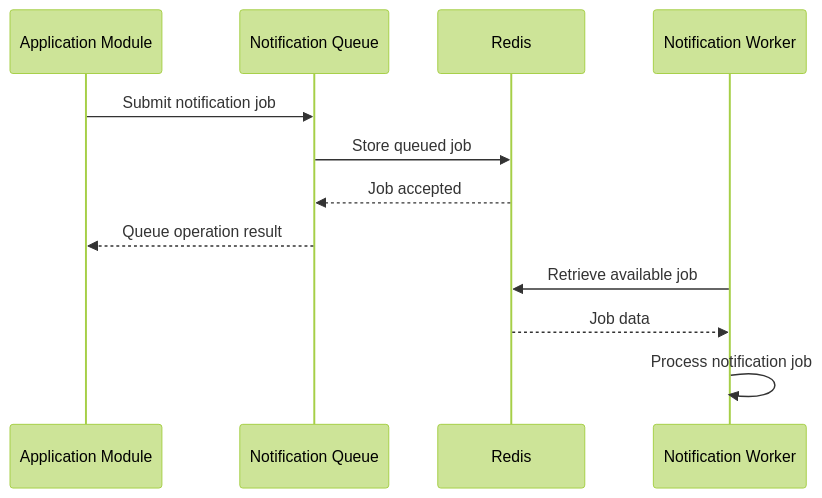
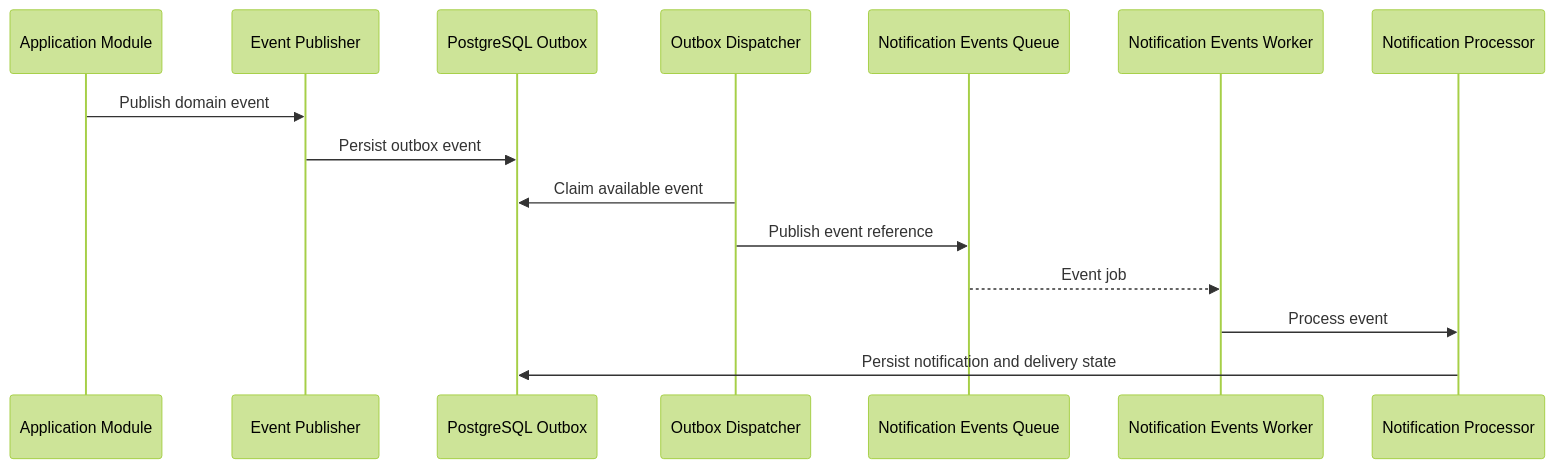
Before and after one commit to Afzal14786/writespace: the first of 2 diagrams in docs/modules/notifications.md, drawn with Mermaid (forest theme). The commit also changed other lines of this file, not shown here.

Commit message:
docs(notification): document notification architecture

````diff
--- a/docs/modules/notifications.md
+++ b/docs/modules/notifications.md
@@ -205,15 +83,18 @@
 ```mermaid
 sequenceDiagram
-    participant App as Application Module
-    participant Queue as Notification Queue
-    participant Redis
-    participant Worker as Notification Worker
+    participant Source as Application Module
+    participant Publisher as Event Publisher
+    participant DB as PostgreSQL Outbox
+    participant Dispatcher as Outbox Dispatcher
+    participant Queue as Notification Events Queue
+    participant Worker as Notification Events Worker
+    participant Processor as Notification Processor
 
-    App->>Queue: Submit notification job
-    Queue->>Redis: Store queued job
-    Redis-->>Queue: Job accepted
-    Queue-->>App: Queue operation result
-    Worker->>Redis: Retrieve available job
-    Redis-->>Worker: Job data
-    Worker->>Worker: Process notification job
+    Source->>Publisher: Publish domain event
+    Publisher->>DB: Persist outbox event
+    Dispatcher->>DB: Claim available event
+    Dispatcher->>Queue: Publish event reference
+    Queue-->>Worker: Event job
+    Worker->>Processor: Process event
+    Processor->>DB: Persist notification and delivery state
 ```
````
